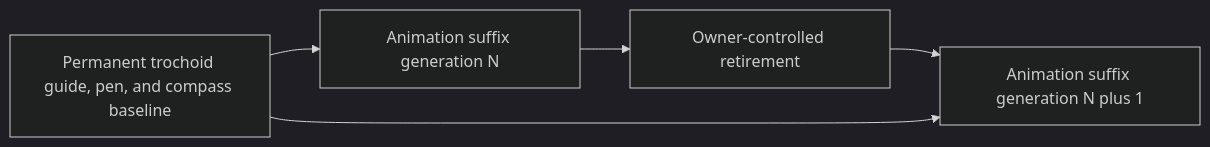
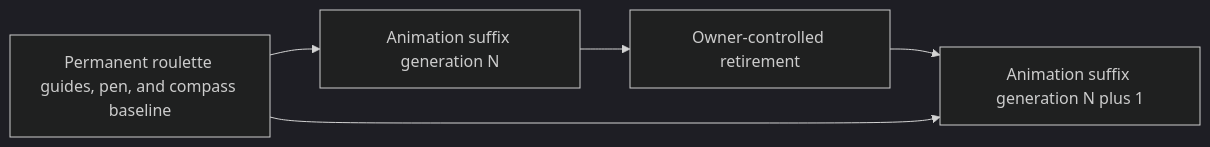
Before and after one commit to derekshoneycutt/Euclid: the fourth of 4 diagrams in docs/wiki/Guides/ShapeSystem.md, drawn with Mermaid (dark theme). The commit also changed other lines of this file and 45 other files, not shown here.

````diff
--- a/docs/wiki/Guides/ShapeSystem.md
+++ b/docs/wiki/Guides/ShapeSystem.md
@@ -369,10 +382,10 @@
 ```mermaid
 flowchart LR
-    B[Permanent trochoid guide, pen, and compass baseline]
+    B[Permanent roulette guides, pen, and compass baseline]
     A1[Animation suffix generation N]
     R[Owner-controlled retirement]
     A2[Animation suffix generation N plus 1]
 
     B --> A1 --> R --> A2
     B --> A2
 ```
````
